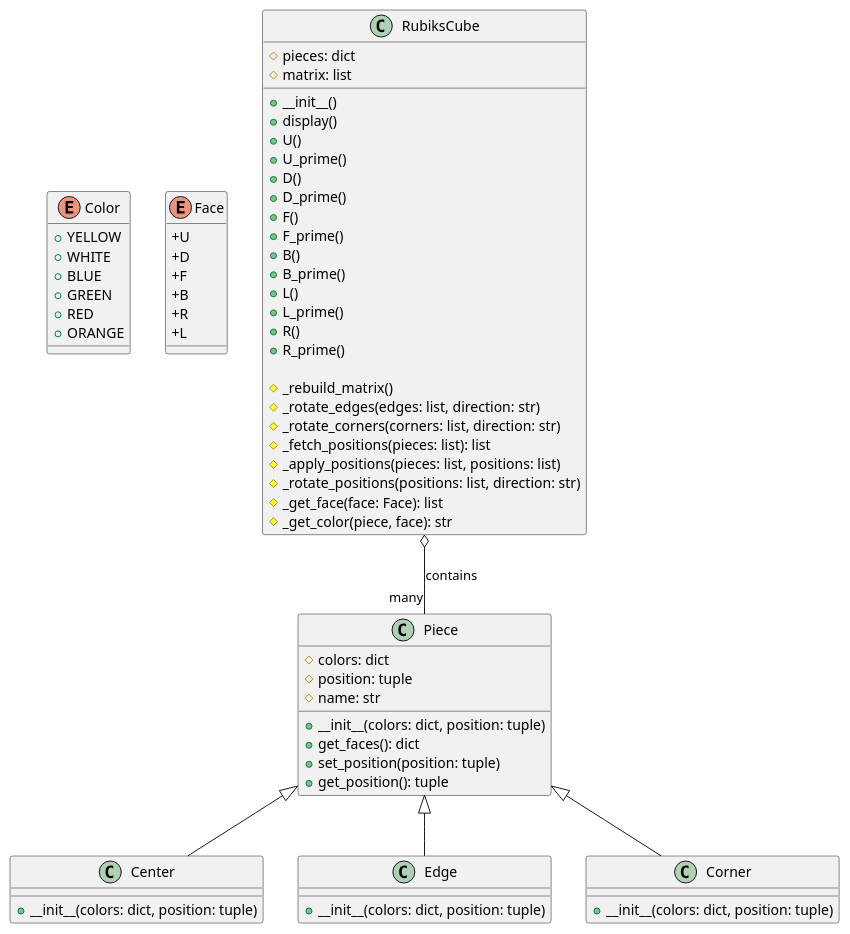
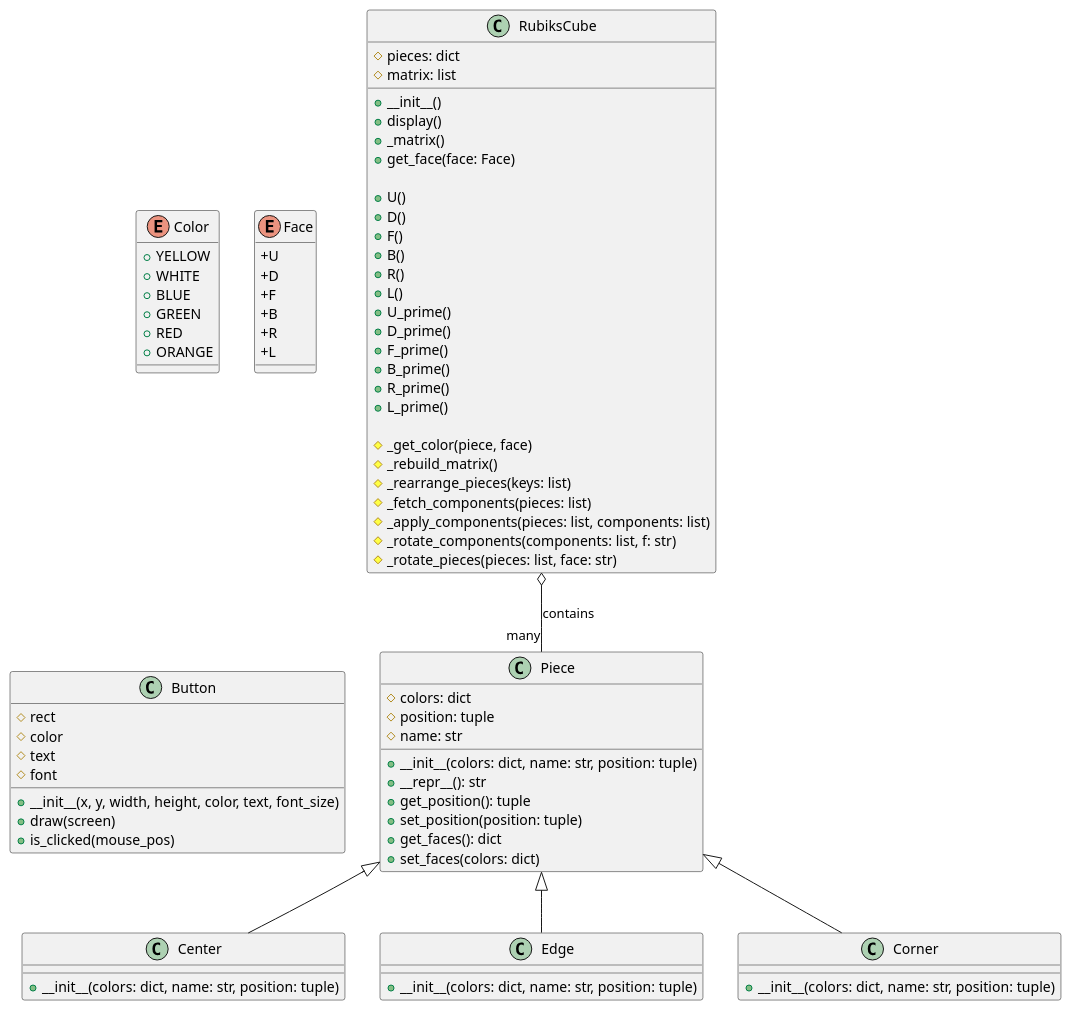
The diagram in uml/rubix_cube.puml (FuriousFire05/rubix-cube-solver), drawn with PlantUML before and after one commit. The commit also changed 3 other files, not shown here.

Commit message:
Updated UML Diagram

```diff
--- a/uml/rubix_cube.puml
+++ b/uml/rubix_cube.puml
@@ -3,86 +3,102 @@
 @startuml rubix_cube
 
 ' Define Color Enum
 enum Color {
   +YELLOW
   +WHITE
   +BLUE
   +GREEN
   +RED
   +ORANGE
 }
 
 ' Define Face Enum
 enum Face {
   +U
   +D
   +F
   +B
   +R
   +L
 }
 
 ' Define Piece Class
 class Piece {
   #colors: dict
   #position: tuple
   #name: str
 
-  +__init__(colors: dict, position: tuple)
+  +__init__(colors: dict, name: str, position: tuple)
+  +__repr__(): str
+  +get_position(): tuple
+  +set_position(position: tuple)
   +get_faces(): dict
-  +set_position(position: tuple)
-  +get_position(): tuple
+  +set_faces(colors: dict) 
 }
 
 ' Define Center Class (inherits from Piece)
 class Center {
-  +__init__(colors: dict, position: tuple)
+  +__init__(colors: dict, name: str, position: tuple)
 }
 
 ' Define Edge Class (inherits from Piece)
 class Edge {
-  +__init__(colors: dict, position: tuple)
+  +__init__(colors: dict, name: str, position: tuple)
 }
 
 ' Define Corner Class (inherits from Piece)
 class Corner {
-  +__init__(colors: dict, position: tuple)
+  +__init__(colors: dict, name: str, position: tuple)
 }
 
 ' Define Cube Class
 class RubiksCube {
   #pieces: dict
   #matrix: list
 
   +__init__()
   +display()
+  +_matrix()
+  +get_face(face: Face)
+  
   +U()
+  +D()
+  +F()
+  +B()
+  +R()
+  +L()
   +U_prime()
-  +D()
   +D_prime()
-  +F()
   +F_prime()
-  +B()
   +B_prime()
-  +L()
+  +R_prime()
   +L_prime()
-  +R()
-  +R_prime()
 
+  #_get_color(piece, face)
   #_rebuild_matrix()
-  #_rotate_edges(edges: list, direction: str)
-  #_rotate_corners(corners: list, direction: str)
-  #_fetch_positions(pieces: list): list
-  #_apply_positions(pieces: list, positions: list)
-  #_rotate_positions(positions: list, direction: str)
-  #_get_face(face: Face): list
-  #_get_color(piece, face): str
+  #_rearrange_pieces(keys: list)
+  #_fetch_components(pieces: list)
+  #_apply_components(pieces: list, components: list)
+  #_rotate_components(components: list, f: str)
+  #_rotate_pieces(pieces: list, face: str)
 }
+
+' Define Button Class
+class Button {
+  #rect
+  #color
+  #text
+  #font
+
+  +__init__(x, y, width, height, color, text, font_size)
+  +draw(screen)
+  +is_clicked(mouse_pos)
+} 
 
 ' Define relationships between classes
 Piece <|-- Center
 Piece <|-- Edge
 Piece <|-- Corner
 RubiksCube o-- "many" Piece : contains
 
 @enduml
```
